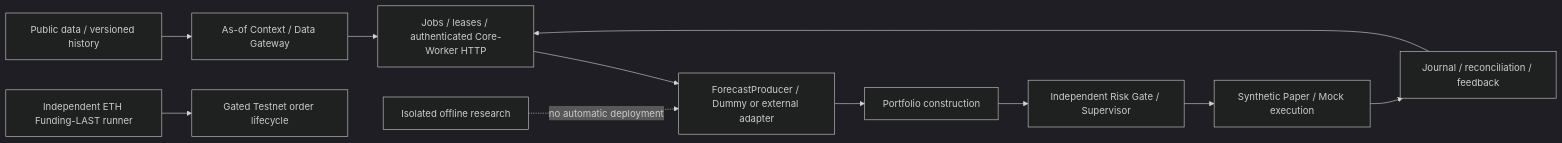
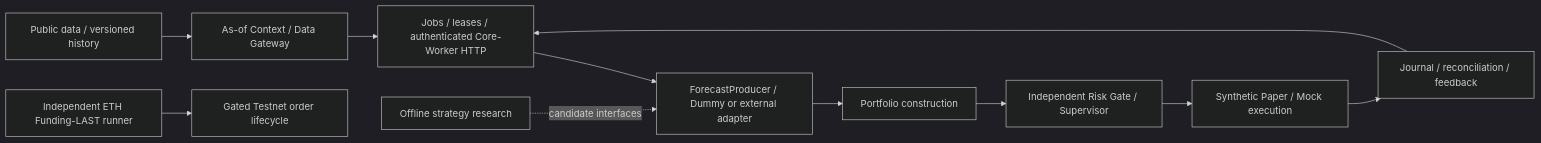
One commit to BouillieAnonymous/Perpetual-Alpha-2026 changed the diagram in README.md. Above: the diagram before and after it, drawn with Mermaid (dark theme). The commit also changed other lines of this file and 4 other files, not shown here.

````diff
--- a/README.md
+++ b/README.md
@@ -34,13 +54,13 @@
 ```mermaid
 flowchart LR
   DATA[Public data / versioned history] --> GW[As-of Context / Data Gateway]
   GW --> JOB[Jobs / leases / authenticated Core-Worker HTTP]
   JOB --> FORECAST[ForecastProducer / Dummy or external adapter]
   FORECAST --> PORT[Portfolio construction]
   PORT --> RISK[Independent Risk Gate / Supervisor]
   RISK --> PAPER[Synthetic Paper / Mock execution]
   PAPER --> FEEDBACK[Journal / reconciliation / feedback]
   FEEDBACK --> JOB
   FUNDING[Independent ETH Funding-LAST runner] --> ORDERS[Gated Testnet order lifecycle]
-  RESEARCH[Isolated offline research] -. no automatic deployment .-> FORECAST
+  RESEARCH[Offline strategy research] -. candidate interfaces .-> FORECAST
 ```
````
